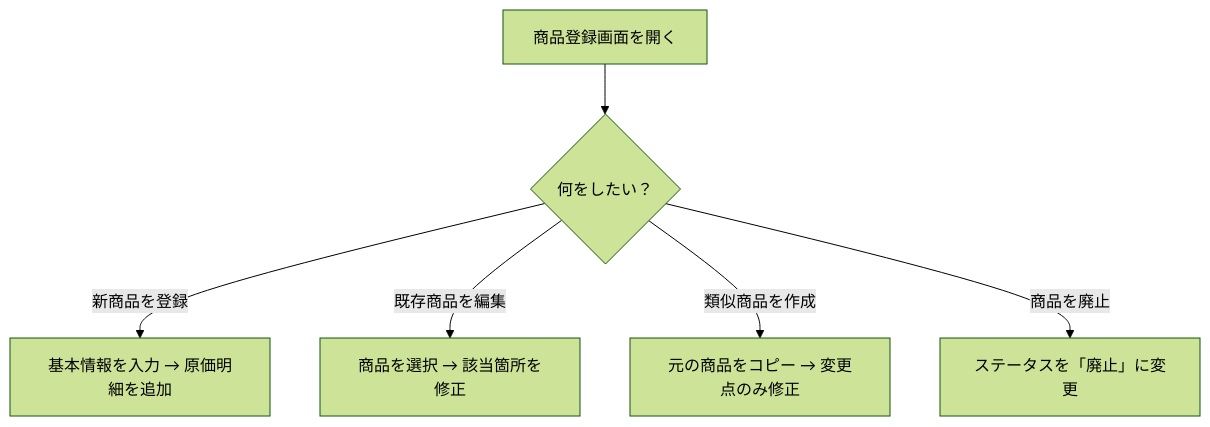
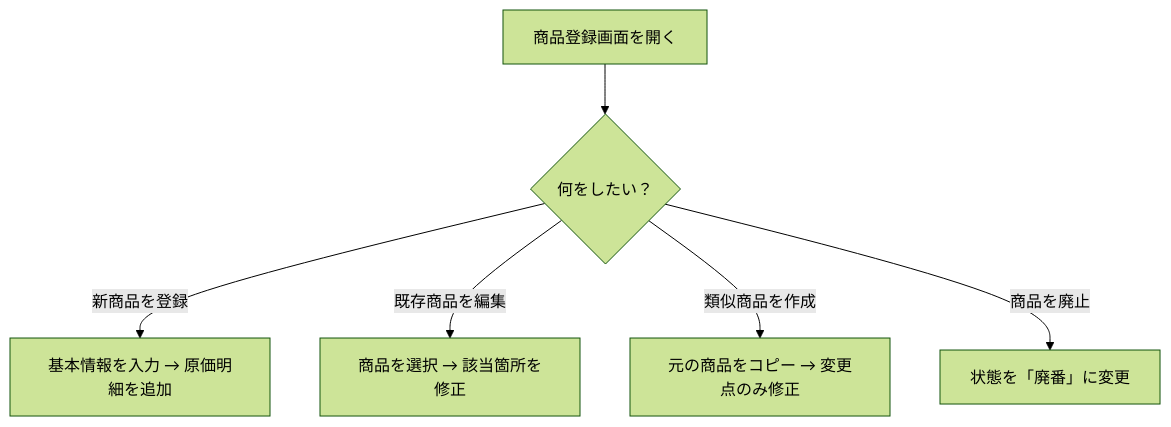
One commit to toru0514/cost-app changed the second of 2 diagrams in docs/03-product-registration.md. Above: the diagram before and after it, drawn with Mermaid (forest theme). The commit also changed other lines of this file and 3 other files, not shown here.

````diff
--- a/docs/03-product-registration.md
+++ b/docs/03-product-registration.md
@@ -177,8 +175,8 @@
 ```mermaid
 flowchart TD
     A[商品登録画面を開く] --> B{何をしたい？}
     B -->|新商品を登録| C[基本情報を入力 → 原価明細を追加]
     B -->|既存商品を編集| D[商品を選択 → 該当箇所を修正]
     B -->|類似商品を作成| E[元の商品をコピー → 変更点のみ修正]
-    B -->|商品を廃止| F[ステータスを「廃止」に変更]
+    B -->|商品を廃止| F[状態を「廃番」に変更]
 ```
````
